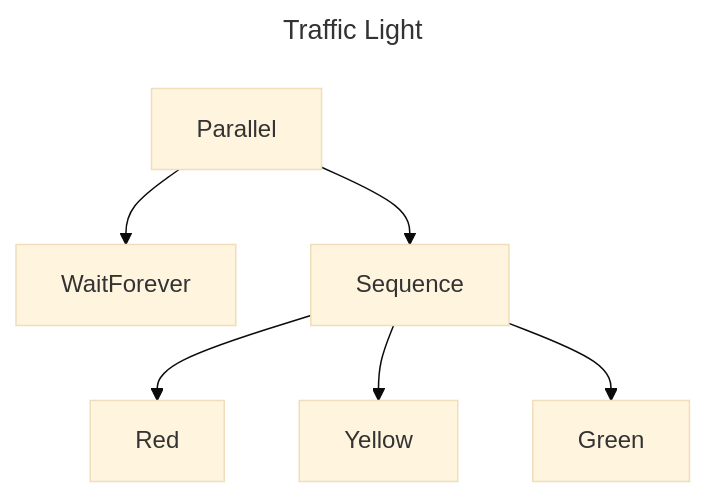
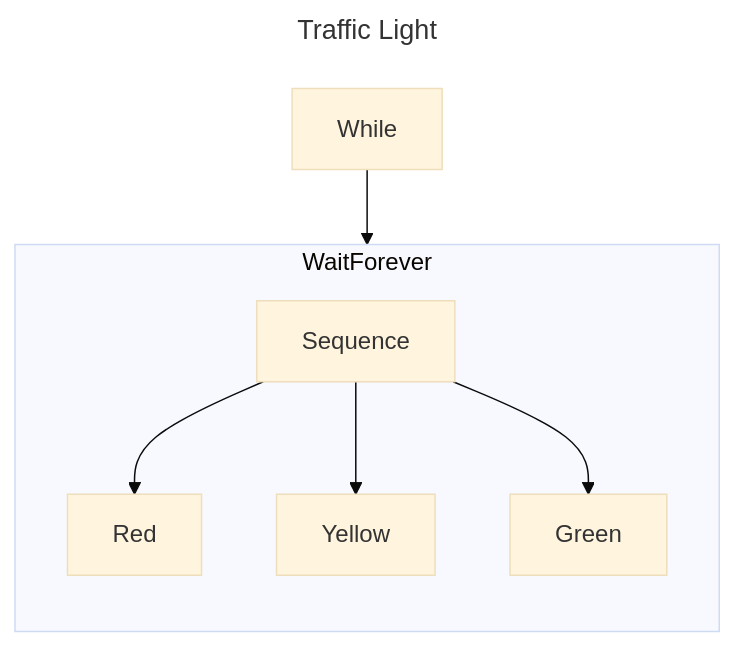
The diagram in core/behaviortree/README.md (coder137/Rust-Repo), drawn with Mermaid (base theme) before and after one commit. The commit also changed other lines of this file, not shown here.

````diff
--- a/core/behaviortree/README.md
+++ b/core/behaviortree/README.md
@@ -7,11 +14,13 @@
 ```mermaid
 ---
 title: Traffic Light
 ---
 graph TB
-    Parallel --> WaitForever
-    Parallel --> Sequence
-    Sequence --> Red
-    Sequence --> Yellow
-    Sequence --> Green
+    While --> WaitForever
+    subgraph WaitForever
+        direction TB
+        Sequence --> Red
+        Sequence --> Yellow
+        Sequence --> Green
+    end
 ```
````
